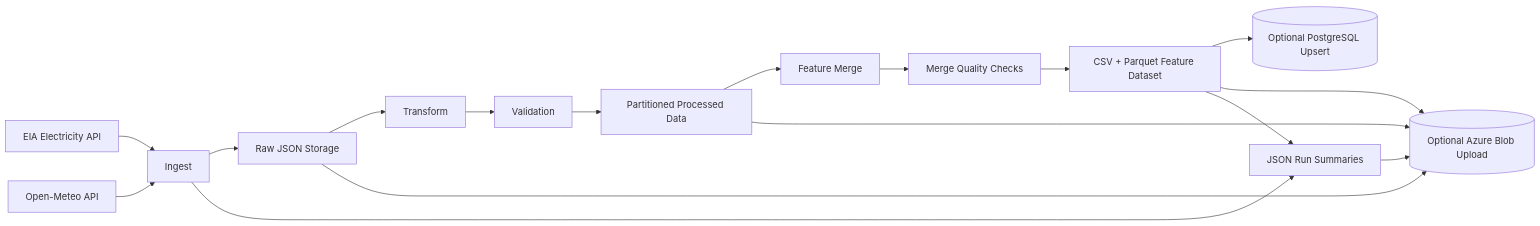
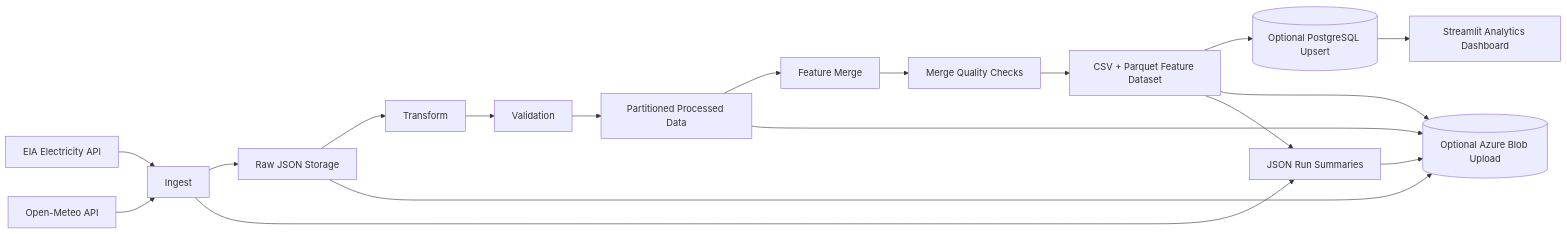
One commit to Ai-C-12/Electricity-Demand-Data-Pipeline changed the first of 2 diagrams in README.md. Above: the diagram before and after it, drawn with Mermaid. The commit also changed other lines of this file, not shown here.

````diff
--- a/README.md
+++ b/README.md
@@ -59,23 +61,24 @@
 ```mermaid
 flowchart LR
     A[EIA Electricity API] --> B[Ingest]
     C[Open-Meteo API] --> B
 
     B --> D[Raw JSON Storage]
     D --> E[Transform]
     E --> F[Validation]
     F --> G[Partitioned Processed Data]
 
     G --> H[Feature Merge]
     H --> I[Merge Quality Checks]
     I --> J[CSV + Parquet Feature Dataset]
 
     J --> K[(Optional PostgreSQL Upsert)]
+    K --> N[Streamlit Analytics Dashboard]
     D --> L[(Optional Azure Blob Upload)]
     G --> L
     J --> L
 
     B --> M[JSON Run Summaries]
     J --> M
     M --> L
 ```
````
